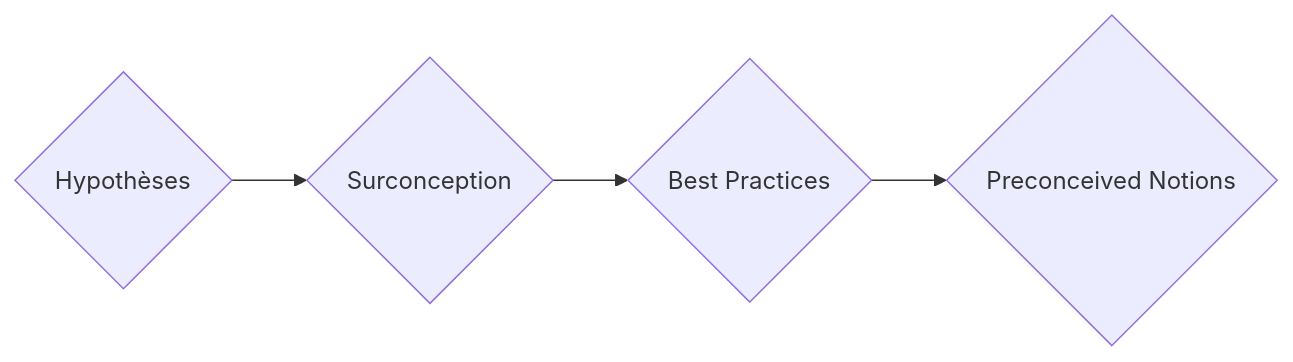
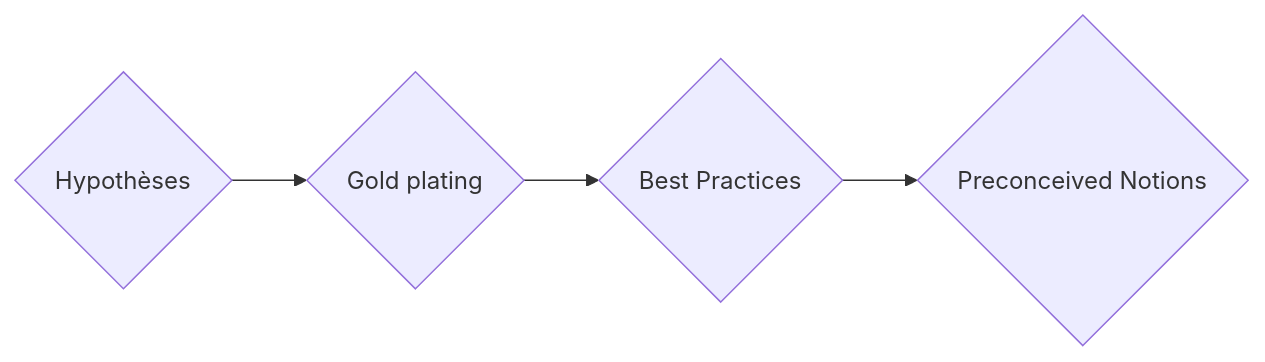
One commit to MehdiSellamiAdministrator/msdoc changed the diagram in docs/design/network-design-pièges.md. Above: the diagram before and after it, drawn with Mermaid.

Commit message:
ADD Pages For Network Design

````diff
--- a/docs/design/network-design-pièges.md
+++ b/docs/design/network-design-pièges.md
@@ -5,7 +5,7 @@
 ```mermaid
 flowchart LR
 
-A{Hypothèses} --> B{Surconception}
+A{Hypothèses} --> B{Gold plating}
 B --> C{Best Practices}
 C --> D{Preconceived Notions}
 ```
````
